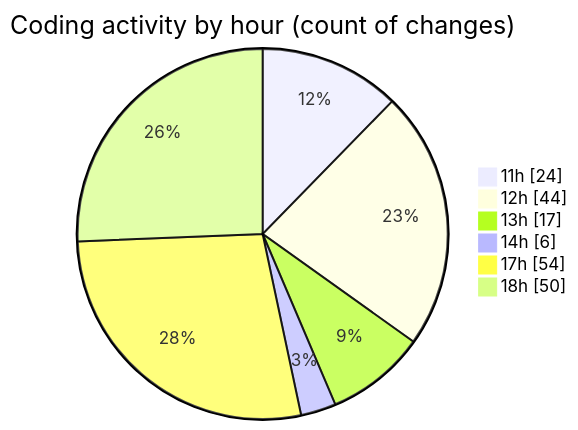
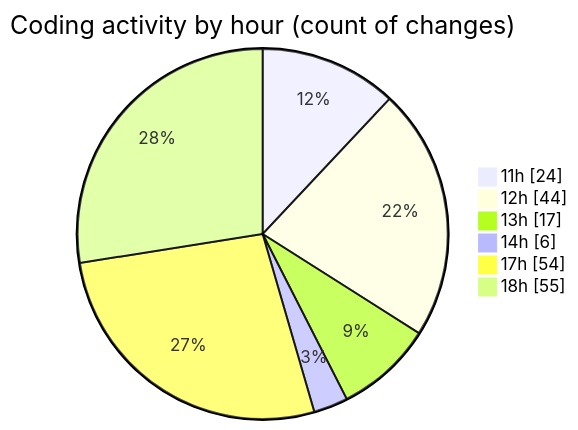
One commit to nxtqubesakshisongat/code-tracking changed the second of 2 diagrams in 2025-05-10/argos-dev/README.md. Above: the diagram before and after it, drawn with Mermaid. The commit also changed other lines of this file and 1 other file, not shown here.

````diff
--- a/2025-05-10/argos-dev/README.md
+++ b/2025-05-10/argos-dev/README.md
@@ -41,10 +41,10 @@
 ```mermaid
 pie showData
 title Coding activity by hour (count of changes)
 "11h" : 24
 "12h" : 44
 "13h" : 17
 "14h" : 6
 "17h" : 54
-"18h" : 50
+"18h" : 55
 ```
````
